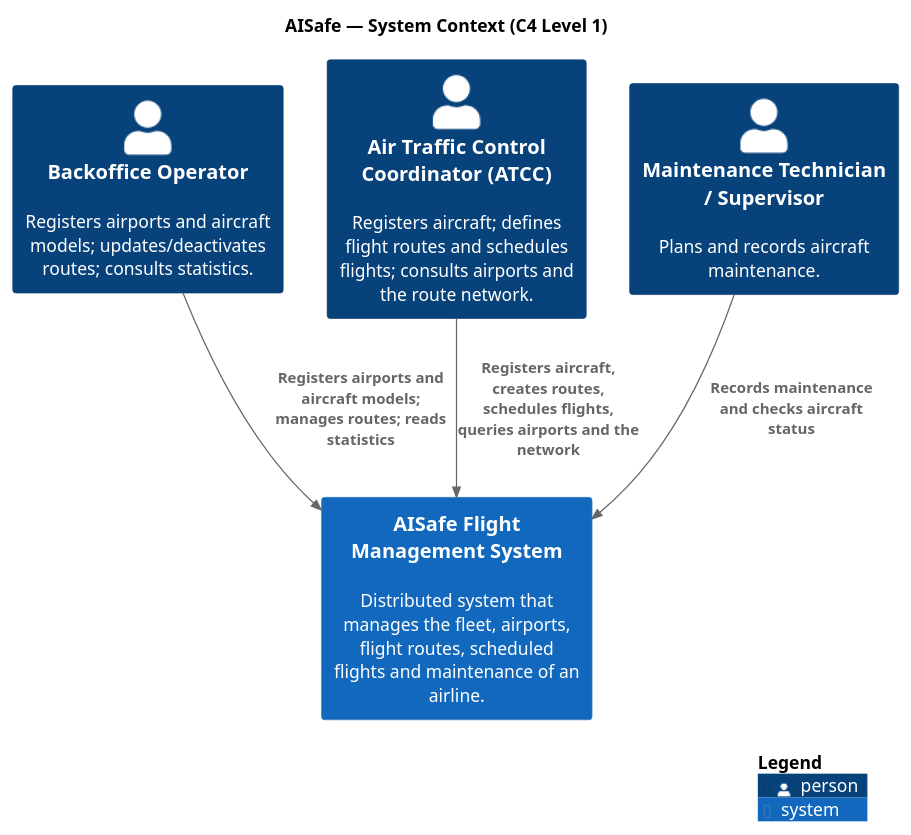
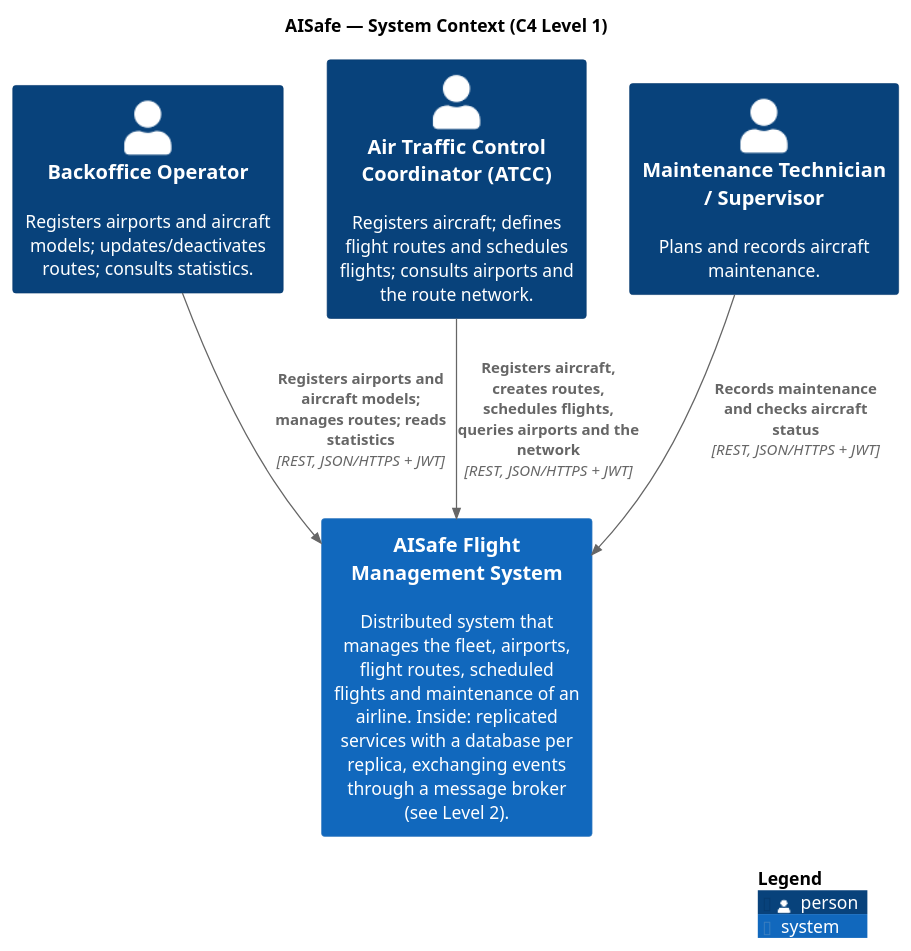
Before and after one commit to caetanotiago/Project_SIDIS: the diagram in docs/1-context/puml/C4-L1-SystemContext.puml, drawn with PlantUML. The commit also changed 158 other files, not shown here.

Commit message:
Trabalho 2 - Flight Routes

```diff
--- a/docs/1-context/puml/C4-L1-SystemContext.puml
+++ b/docs/1-context/puml/C4-L1-SystemContext.puml
@@ -1,17 +1,17 @@
 @startuml C4-L1-SystemContext
 !include <C4/C4_Context>
 LAYOUT_TOP_DOWN()
 title AISafe — System Context (C4 Level 1)
 
 Person(backoffice, "Backoffice Operator", "Registers airports and aircraft models; updates/deactivates routes; consults statistics.")
 Person(atcc, "Air Traffic Control Coordinator (ATCC)", "Registers aircraft; defines flight routes and schedules flights; consults airports and the route network.")
 Person(maint, "Maintenance Technician / Supervisor", "Plans and records aircraft maintenance.")
 
-System(aisafe, "AISafe Flight Management System", "Distributed system that manages the fleet, airports, flight routes, scheduled flights and maintenance of an airline.")
+System(aisafe, "AISafe Flight Management System", "Distributed system that manages the fleet, airports, flight routes, scheduled flights and maintenance of an airline. Inside: replicated services with a database per replica, exchanging events through a message broker (see Level 2).")
 
-Rel(backoffice, aisafe, "Registers airports and aircraft models; manages routes; reads statistics")
-Rel(atcc, aisafe, "Registers aircraft, creates routes, schedules flights, queries airports and the network")
-Rel(maint, aisafe, "Records maintenance and checks aircraft status")
+Rel(backoffice, aisafe, "Registers airports and aircraft models; manages routes; reads statistics", "REST, JSON/HTTPS + JWT")
+Rel(atcc, aisafe, "Registers aircraft, creates routes, schedules flights, queries airports and the network", "REST, JSON/HTTPS + JWT")
+Rel(maint, aisafe, "Records maintenance and checks aircraft status", "REST, JSON/HTTPS + JWT")
 
 SHOW_LEGEND()
 @enduml
```
